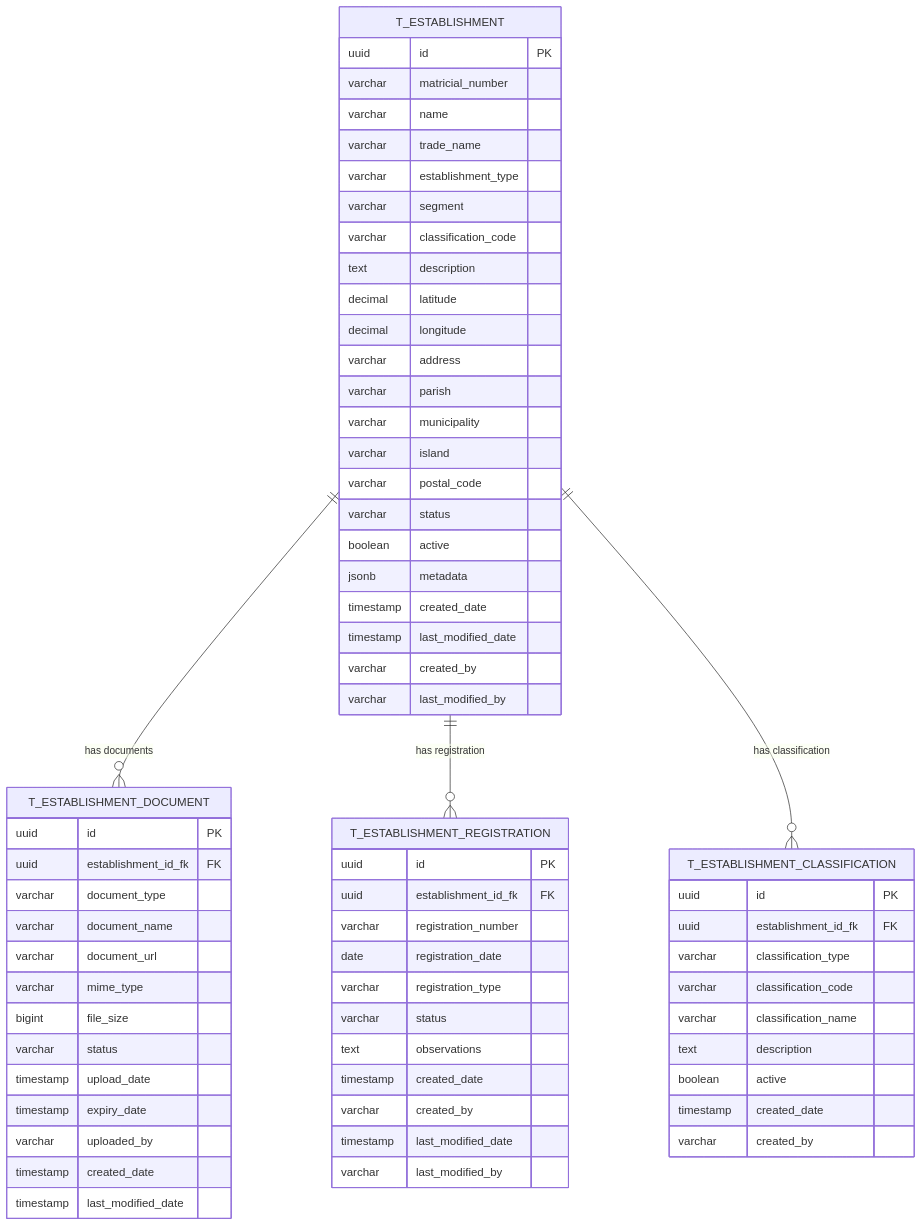
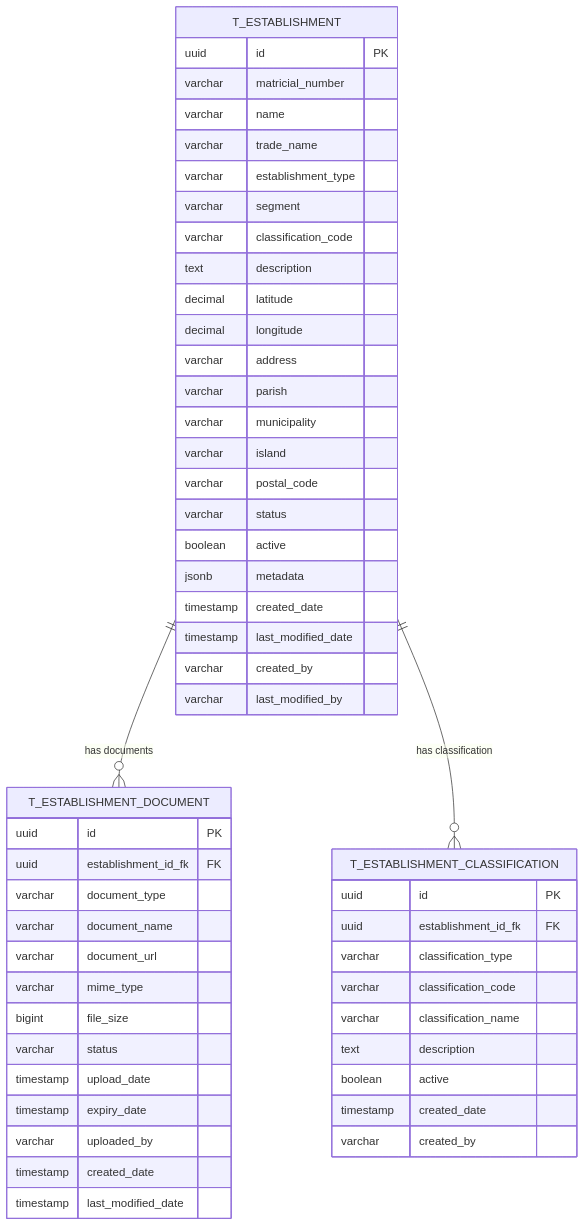
The diagram in .trae/documents/PR02.01-BE-LIC-Gestao-Estabelecimentos.md (TA-Digital-CV/licenciamento-backend), drawn with Mermaid before and after one commit. The commit also changed other lines of this file and 4 other files, not shown here.

````diff
--- a/.trae/documents/PR02.01-BE-LIC-Gestao-Estabelecimentos.md
+++ b/.trae/documents/PR02.01-BE-LIC-Gestao-Estabelecimentos.md
@@ -25,73 +25,58 @@
 ```mermaid
 erDiagram
     T_ESTABLISHMENT {
         uuid id PK
         varchar matricial_number
         varchar name
         varchar trade_name
         varchar establishment_type
         varchar segment
         varchar classification_code
         text description
         decimal latitude
         decimal longitude
         varchar address
         varchar parish
         varchar municipality
         varchar island
         varchar postal_code
         varchar status
         boolean active
         jsonb metadata
         timestamp created_date
         timestamp last_modified_date
         varchar created_by
         varchar last_modified_by
     }
 
     T_ESTABLISHMENT_DOCUMENT {
         uuid id PK
         uuid establishment_id_fk FK
         varchar document_type
         varchar document_name
         varchar document_url
         varchar mime_type
         bigint file_size
         varchar status
         timestamp upload_date
         timestamp expiry_date
         varchar uploaded_by
         timestamp created_date
         timestamp last_modified_date
     }
 
-    T_ESTABLISHMENT_REGISTRATION {
-        uuid id PK
-        uuid establishment_id_fk FK
-        varchar registration_number
-        date registration_date
-        varchar registration_type
-        varchar status
-        text observations
-        timestamp created_date
-        varchar created_by
-        timestamp last_modified_date
-        varchar last_modified_by
-    }
-
     T_ESTABLISHMENT_CLASSIFICATION {
         uuid id PK
         uuid establishment_id_fk FK
         varchar classification_type
         varchar classification_code
         varchar classification_name
         text description
         boolean active
         timestamp created_date
         varchar created_by
     }
 
     T_ESTABLISHMENT ||--o{ T_ESTABLISHMENT_DOCUMENT : "has documents"
-    T_ESTABLISHMENT ||--o{ T_ESTABLISHMENT_REGISTRATION : "has registration"
     T_ESTABLISHMENT ||--o{ T_ESTABLISHMENT_CLASSIFICATION : "has classification"
 ```
````
